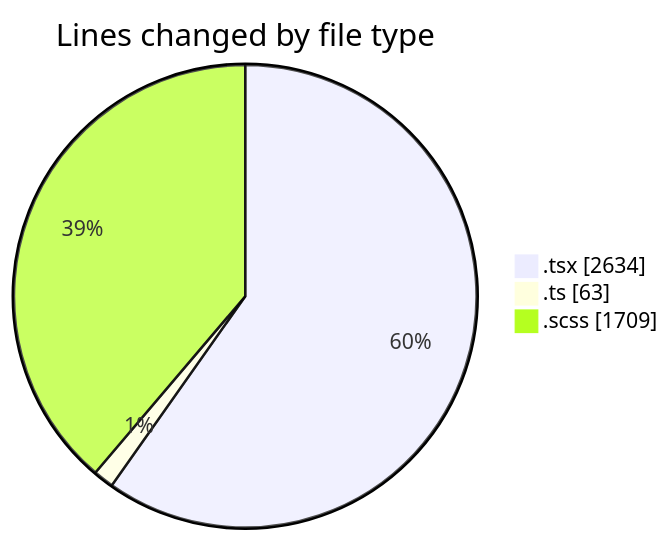
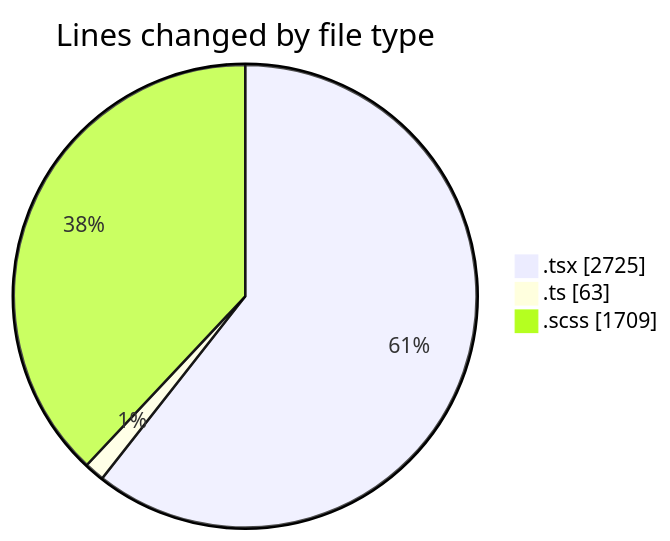
The first of 2 diagrams in 2025-04-02/cda/README.md (momahboobian/code-tracking), drawn with Mermaid before and after one commit. The commit also changed other lines of this file and 1 other file, not shown here.

````diff
--- a/2025-04-02/cda/README.md
+++ b/2025-04-02/cda/README.md
@@ -30,7 +30,7 @@
 ```mermaid
 pie showData
 title Lines changed by file type
-".tsx" : 2634
+".tsx" : 2725
 ".ts" : 63
 ".scss" : 1709
 ```
````
